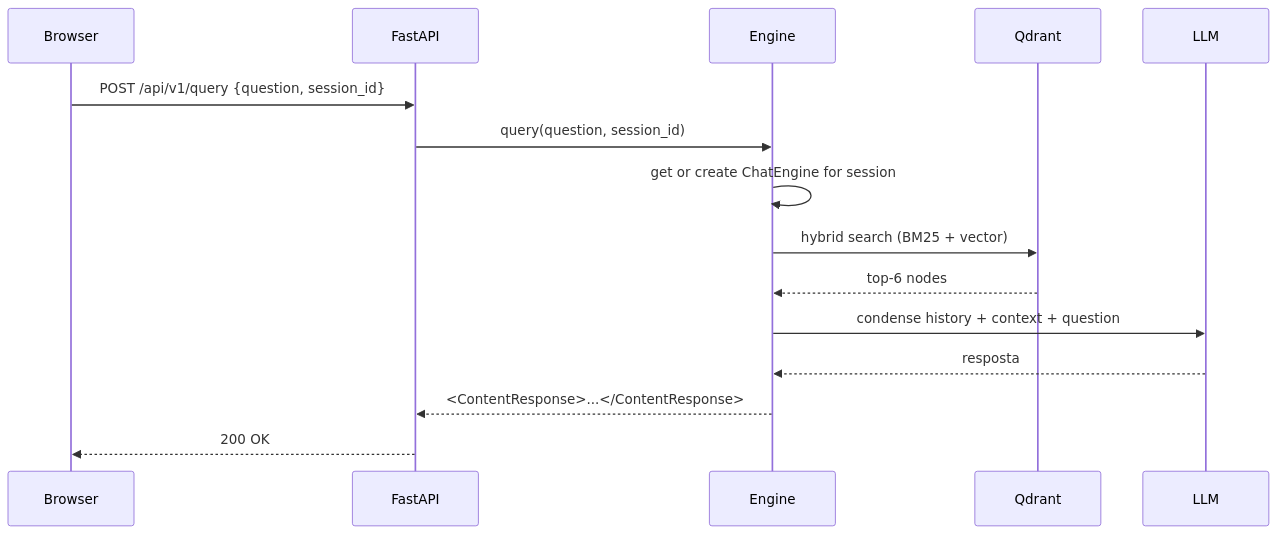
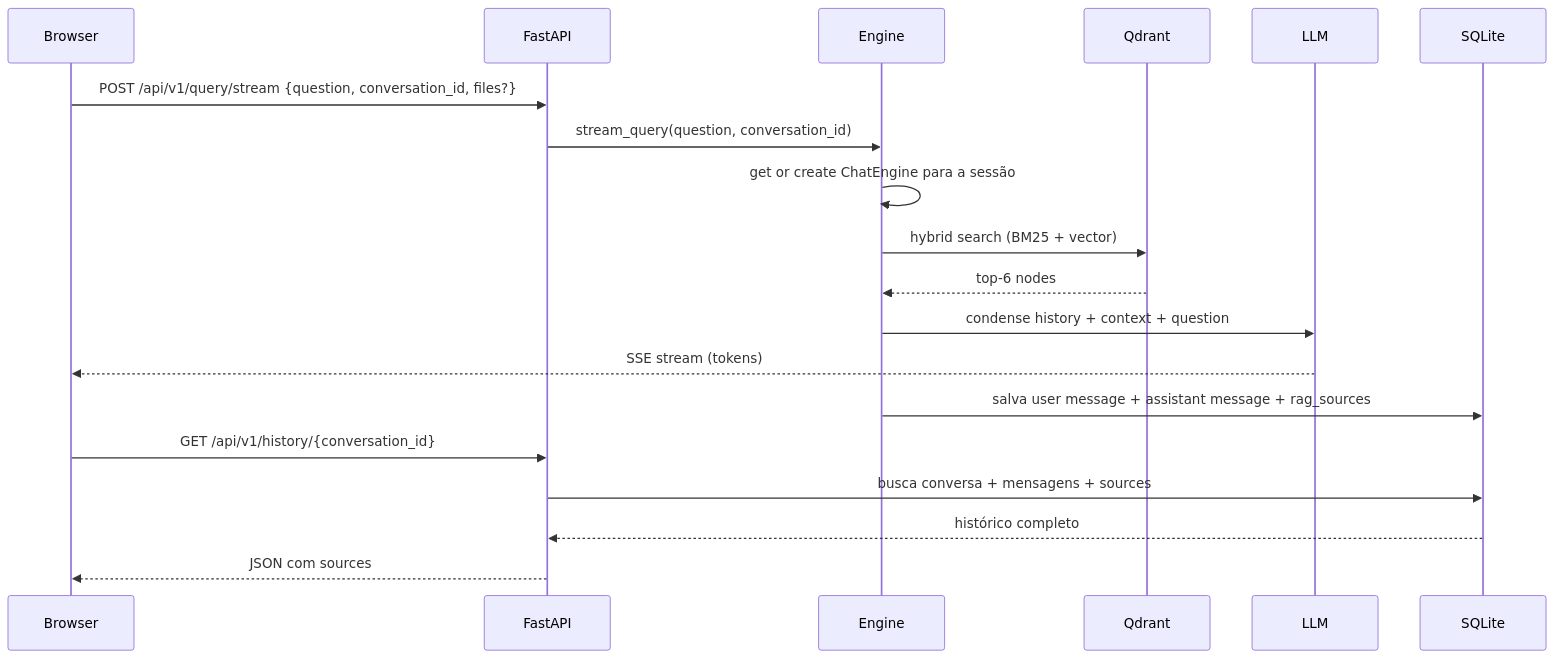
Before and after one commit to Vinicius-Gabriel-P-Leitao/acerola-rag: the second of 2 diagrams in README.md, drawn with Mermaid. The commit also changed other lines of this file and 4 other files, not shown here.

````diff
--- a/README.md
+++ b/README.md
@@ -37,18 +42,22 @@
 ```mermaid
 sequenceDiagram
     participant Browser
     participant FastAPI
     participant Engine
     participant Qdrant
     participant LLM
+    participant SQLite
 
-    Browser->>FastAPI: POST /api/v1/query {question, session_id}
-    FastAPI->>Engine: query(question, session_id)
-    Engine->>Engine: get or create ChatEngine for session
+    Browser->>FastAPI: POST /api/v1/query/stream {question, conversation_id, files?}
+    FastAPI->>Engine: stream_query(question, conversation_id)
+    Engine->>Engine: get or create ChatEngine para a sessão
     Engine->>Qdrant: hybrid search (BM25 + vector)
     Qdrant-->>Engine: top-6 nodes
     Engine->>LLM: condense history + context + question
-    LLM-->>Engine: resposta
-    Engine-->>FastAPI: <ContentResponse>...</ContentResponse>
-    FastAPI-->>Browser: 200 OK
+    LLM-->>Browser: SSE stream (tokens)
+    Engine->>SQLite: salva user message + assistant message + rag_sources
+    Browser->>FastAPI: GET /api/v1/history/{conversation_id}
+    FastAPI->>SQLite: busca conversa + mensagens + sources
+    SQLite-->>FastAPI: histórico completo
+    FastAPI-->>Browser: JSON com sources
 ```
````
